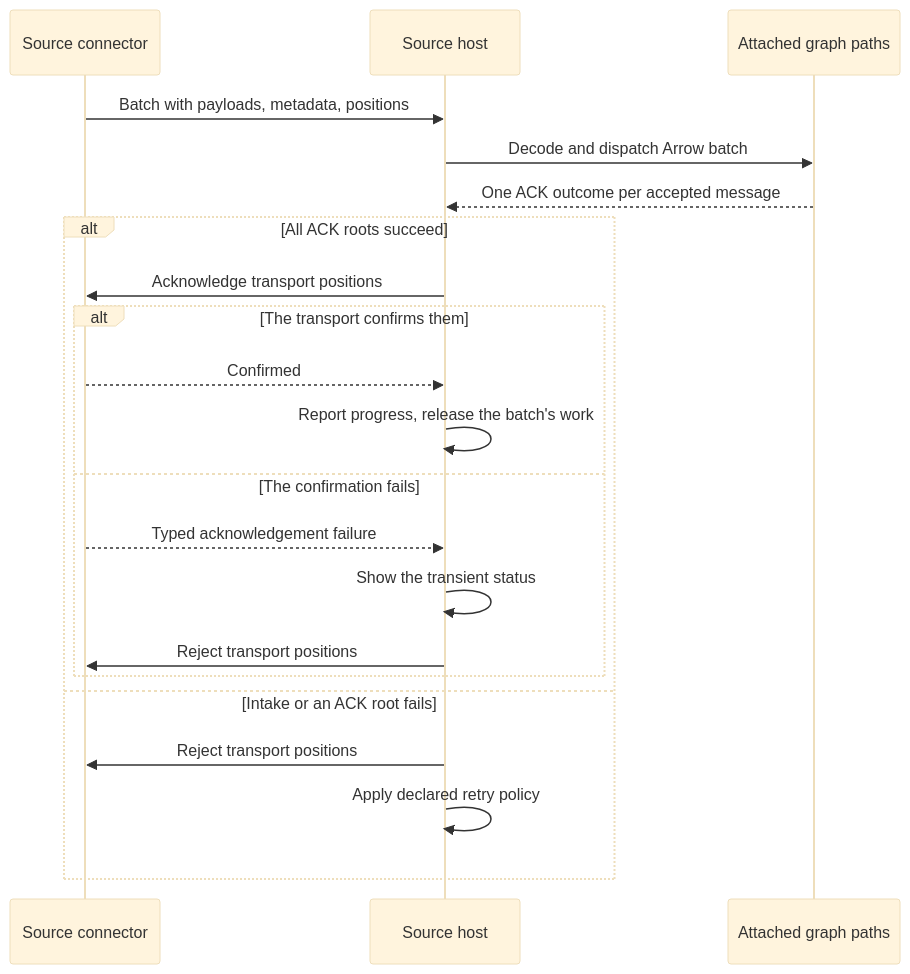
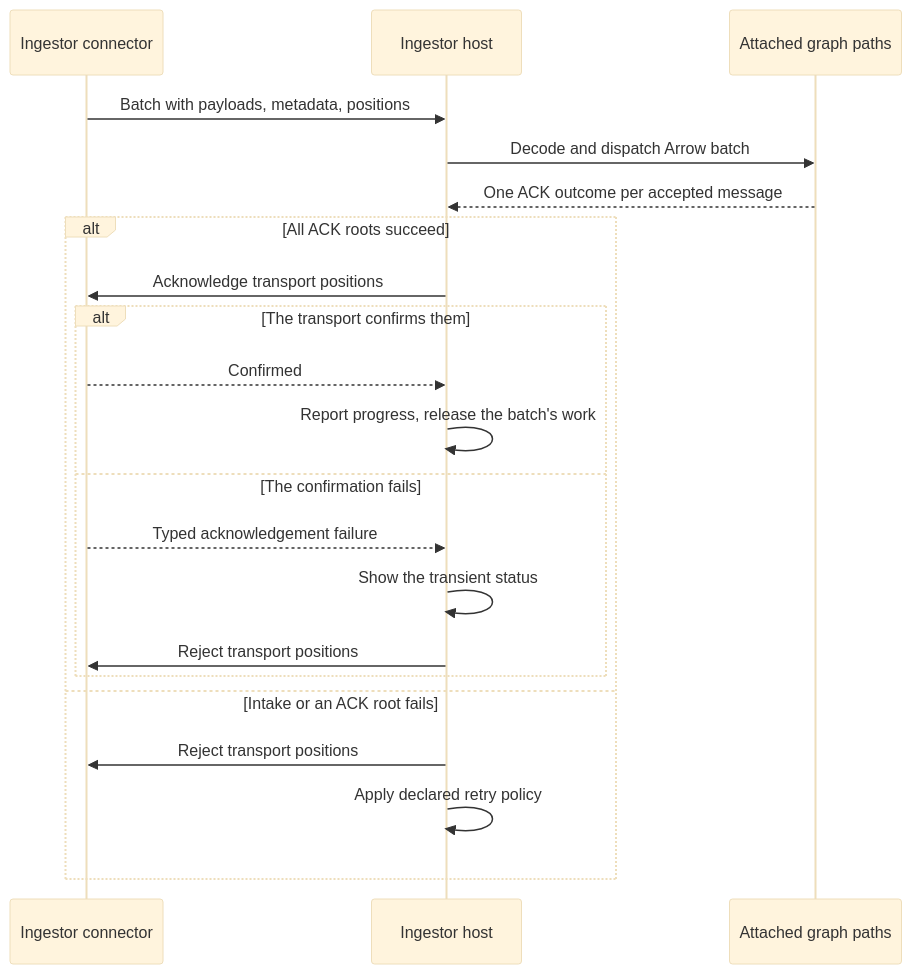
The second of 3 diagrams in docs/src/connector-contract.md (nervix-io/nervix), drawn with Mermaid (base theme) before and after one commit. The commit also changed other lines of this file and 49 other files, not shown here.

````diff
--- a/docs/src/connector-contract.md
+++ b/docs/src/connector-contract.md
@@ -1797,23 +1797,23 @@
 ```mermaid
 sequenceDiagram
-    participant Source as Source connector
-    participant Host as Source host
+    participant Ingestor as Ingestor connector
+    participant Host as Ingestor host
     participant Graph as Attached graph paths
-    Source->>Host: Batch with payloads, metadata, positions
+    Ingestor->>Host: Batch with payloads, metadata, positions
     Host->>Graph: Decode and dispatch Arrow batch
     Graph-->>Host: One ACK outcome per accepted message
     alt All ACK roots succeed
-        Host->>Source: Acknowledge transport positions
+        Host->>Ingestor: Acknowledge transport positions
         alt The transport confirms them
-            Source-->>Host: Confirmed
+            Ingestor-->>Host: Confirmed
             Host->>Host: Report progress, release the batch's work
         else The confirmation fails
-            Source-->>Host: Typed acknowledgement failure
+            Ingestor-->>Host: Typed acknowledgement failure
             Host->>Host: Show the transient status
-            Host->>Source: Reject transport positions
+            Host->>Ingestor: Reject transport positions
         end
     else Intake or an ACK root fails
-        Host->>Source: Reject transport positions
+        Host->>Ingestor: Reject transport positions
         Host->>Host: Apply declared retry policy
     end
 ```
````
